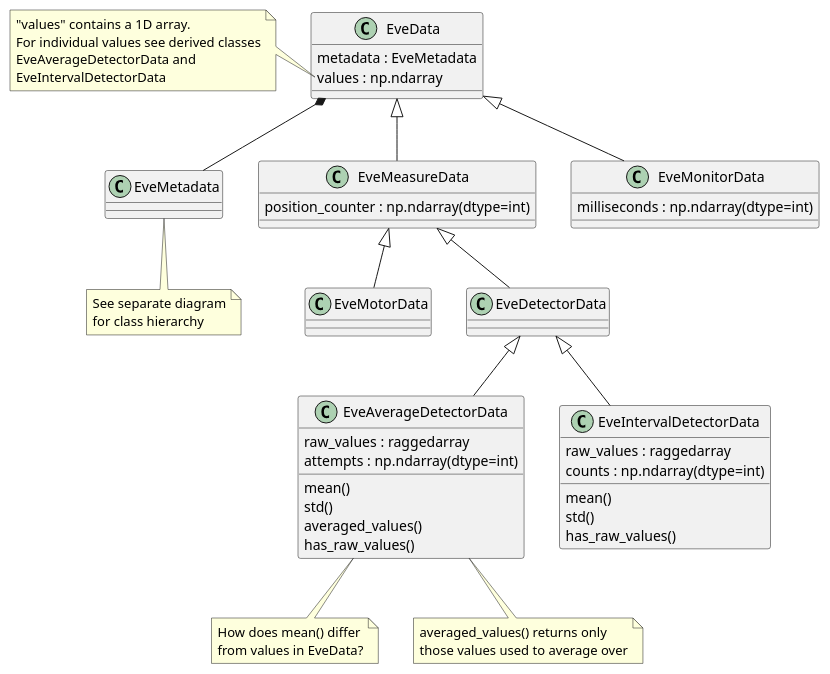
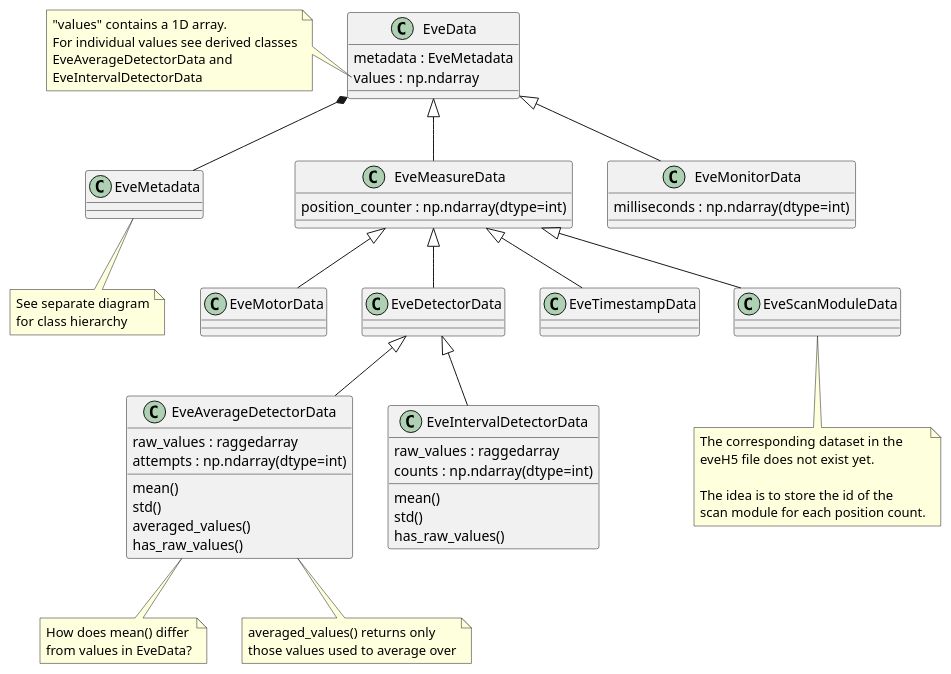
The diagram in docs/uml/evedata.evefile.data.puml (tillbiskup/evedata), drawn with PlantUML before and after one commit. The commit also changed 20 other files, not shown here.

Commit message:
Add scml subpackage and UML diagrams; start restructuring evedata.file module class diagrams

```diff
--- a/docs/uml/evedata.evefile.data.puml
+++ b/docs/uml/evedata.evefile.data.puml
@@ -1,60 +1,75 @@
 @startuml
 'skinparam dpi 150
 
 class EveData {
     metadata : EveMetadata
     values : np.ndarray
 }
 note left of EveData::values
     "values" contains a 1D array.
     For individual values see derived classes
     EveAverageDetectorData and
     EveIntervalDetectorData
 end note
 
 class EveMetadata {
 }
 note bottom: See separate diagram\nfor class hierarchy
 
 class EveMeasureData {
     {field} position_counter : np.ndarray(dtype=int)
 }
 
 class EveMonitorData {
     {field} milliseconds : np.ndarray(dtype=int)
 }
 
 class EveMotorData {
 }
 
 class EveDetectorData {
 }
 
+class EveTimestampData {
+}
+
+class EveScanModuleData {
+}
+note bottom
+    The corresponding dataset in the
+    eveH5 file does not exist yet.
+
+    The idea is to store the id of the
+    scan module for each position count.
+end note
+
 class EveAverageDetectorData {
     raw_values : raggedarray
     {field} attempts : np.ndarray(dtype=int)
     mean()
     std()
     averaged_values()
     has_raw_values()
 }
 note bottom: How does mean() differ\nfrom values in EveData?
 note bottom of EveAverageDetectorData: averaged_values() returns only\nthose values used to average over
 
 class EveIntervalDetectorData {
     raw_values : raggedarray
     {field} counts : np.ndarray(dtype=int)
     mean()
     std()
     has_raw_values()
 }
 
 EveData *-- EveMetadata
 EveData <|-- EveMeasureData
 EveData <|-- EveMonitorData
 EveMeasureData <|-- EveMotorData
 EveMeasureData <|-- EveDetectorData
+EveMeasureData <|-- EveTimestampData
+EveMeasureData <|-- EveScanModuleData
 EveDetectorData <|-- EveAverageDetectorData
 EveDetectorData <|-- EveIntervalDetectorData
 
 @enduml
```
